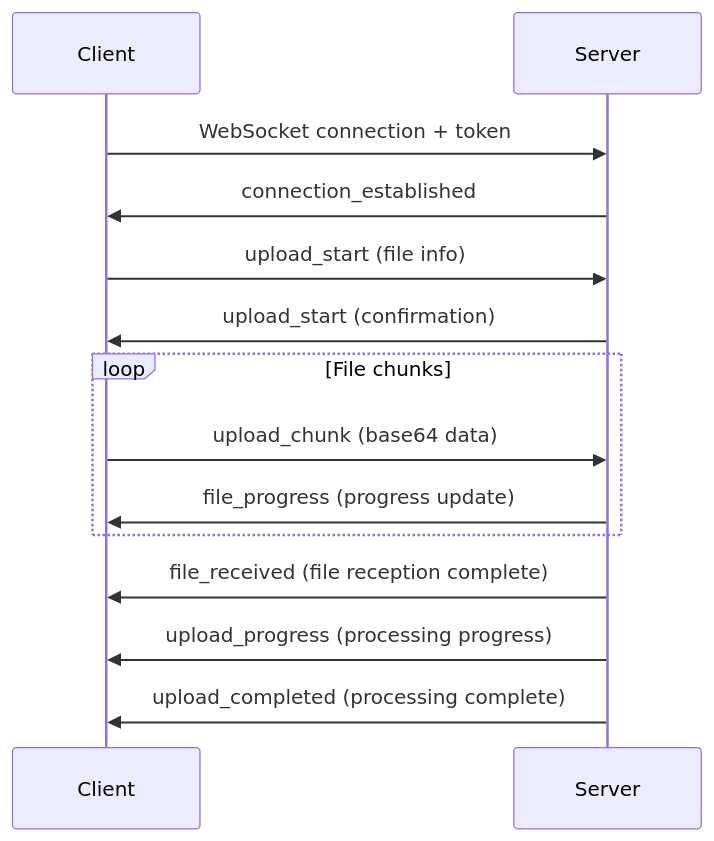
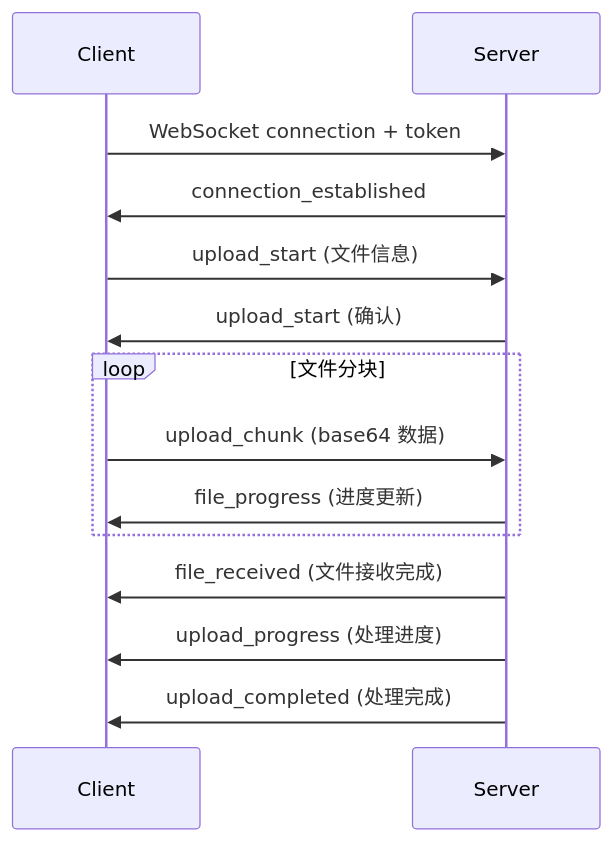
The diagram in zh/development/file-processing.mdx (thetahealth/mirobody-health-docs), drawn with Mermaid before and after one commit. The commit also changed other lines of this file and 31 other files, not shown here.

````diff
--- a/zh/development/file-processing.mdx
+++ b/zh/development/file-processing.mdx
@@ -44,17 +44,17 @@
 ```mermaid
 sequenceDiagram
     participant Client
     participant Server
     
     Client->>Server: WebSocket connection + token
     Server->>Client: connection_established
-    Client->>Server: upload_start (file info)
-    Server->>Client: upload_start (confirmation)
-    loop File chunks
-        Client->>Server: upload_chunk (base64 data)
-        Server->>Client: file_progress (progress update)
+    Client->>Server: upload_start (文件信息)
+    Server->>Client: upload_start (确认)
+    loop 文件分块
+        Client->>Server: upload_chunk (base64 数据)
+        Server->>Client: file_progress (进度更新)
     end
-    Server->>Client: file_received (file reception complete)
-    Server->>Client: upload_progress (processing progress)
-    Server->>Client: upload_completed (processing complete)
+    Server->>Client: file_received (文件接收完成)
+    Server->>Client: upload_progress (处理进度)
+    Server->>Client: upload_completed (处理完成)
 ```
````
